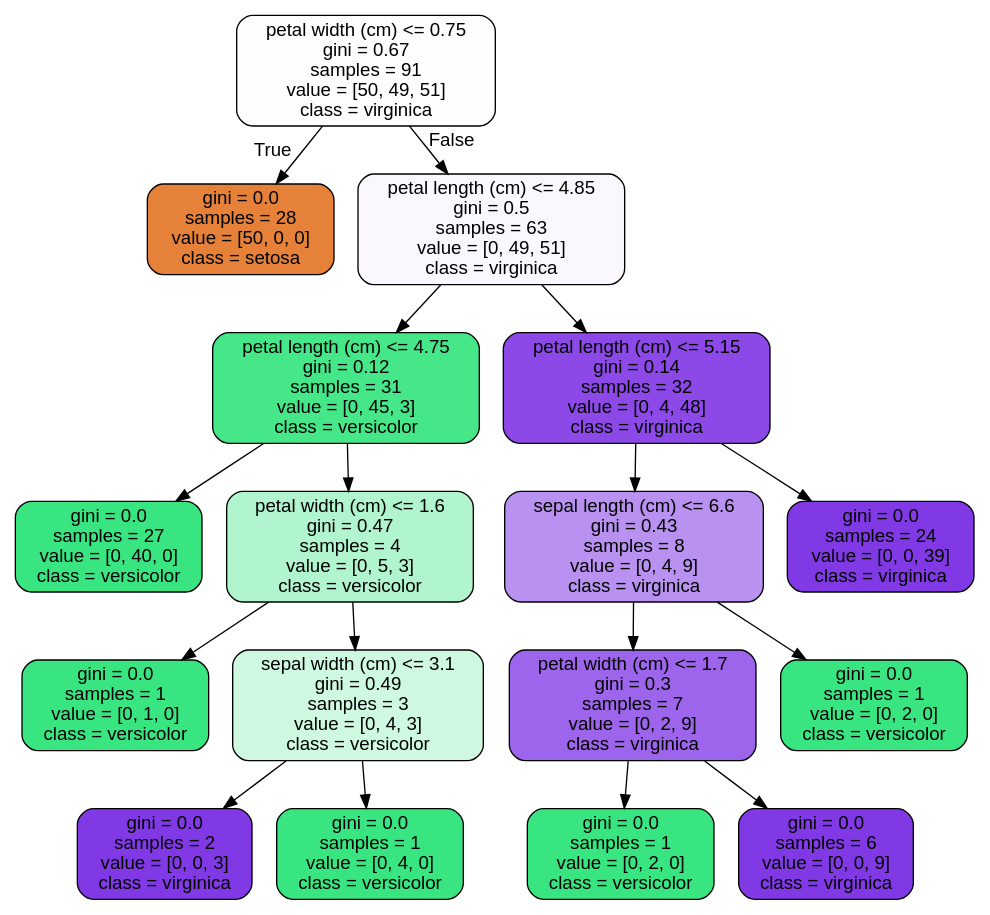
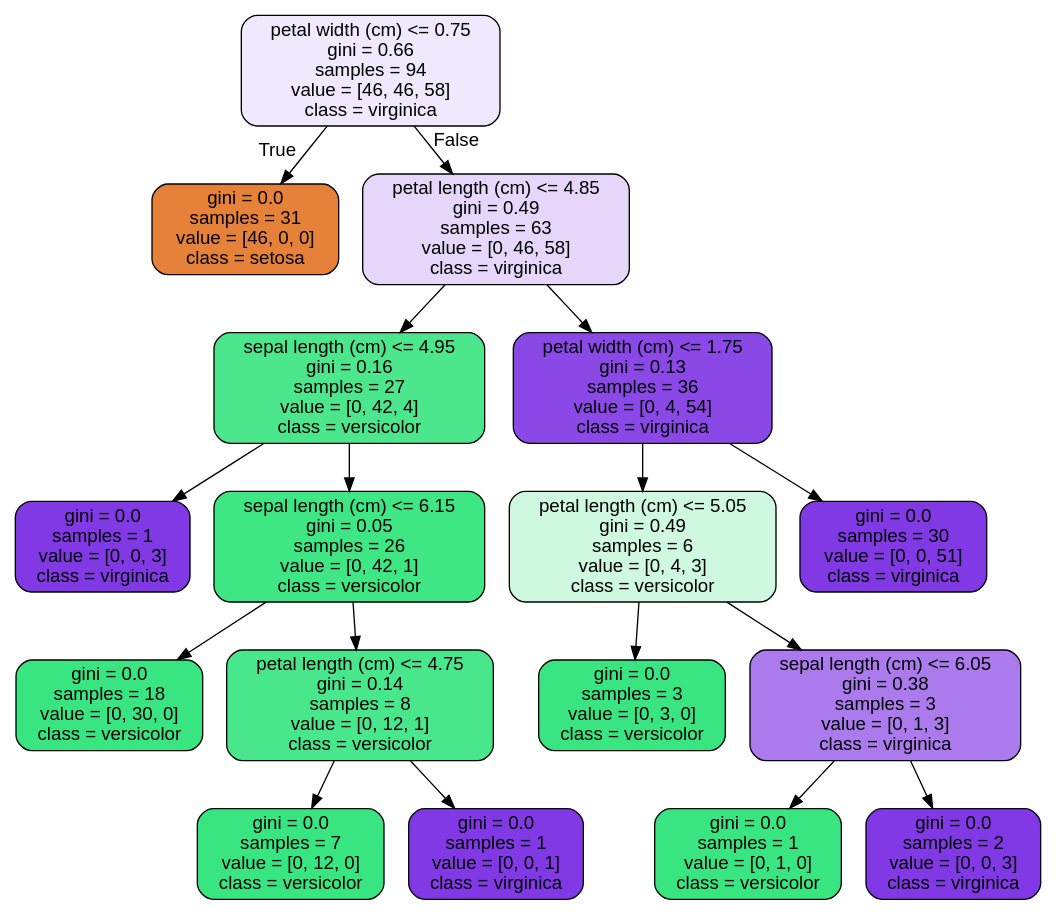
Before and after one commit to allenw097/Springboard: the diagram in RandomForest Covid Case Study/tree.dot, drawn with Graphviz. The commit also changed 1 other file, not shown here.

```diff
--- a/RandomForest Covid Case Study/tree.dot
+++ b/RandomForest Covid Case Study/tree.dot
@@ -1,37 +1,37 @@
 digraph Tree {
 node [shape=box, style="filled, rounded", color="black", fontname=helvetica] ;
 edge [fontname=helvetica] ;
-0 [label="petal width (cm) <= 0.75\ngini = 0.67\nsamples = 91\nvalue = [50, 49, 51]\nclass = virginica", fillcolor="#fefdff"] ;
-1 [label="gini = 0.0\nsamples = 28\nvalue = [50, 0, 0]\nclass = setosa", fillcolor="#e58139"] ;
+0 [label="petal width (cm) <= 0.75\ngini = 0.66\nsamples = 94\nvalue = [46, 46, 58]\nclass = virginica", fillcolor="#f0e8fc"] ;
+1 [label="gini = 0.0\nsamples = 31\nvalue = [46, 0, 0]\nclass = setosa", fillcolor="#e58139"] ;
 0 -> 1 [labeldistance=2.5, labelangle=45, headlabel="True"] ;
-2 [label="petal length (cm) <= 4.85\ngini = 0.5\nsamples = 63\nvalue = [0, 49, 51]\nclass = virginica", fillcolor="#faf7fe"] ;
+2 [label="petal length (cm) <= 4.85\ngini = 0.49\nsamples = 63\nvalue = [0, 46, 58]\nclass = virginica", fillcolor="#e5d6fa"] ;
 0 -> 2 [labeldistance=2.5, labelangle=-45, headlabel="False"] ;
-3 [label="petal length (cm) <= 4.75\ngini = 0.12\nsamples = 31\nvalue = [0, 45, 3]\nclass = versicolor", fillcolor="#46e789"] ;
+3 [label="sepal length (cm) <= 4.95\ngini = 0.16\nsamples = 27\nvalue = [0, 42, 4]\nclass = versicolor", fillcolor="#4ce78d"] ;
 2 -> 3 ;
-4 [label="gini = 0.0\nsamples = 27\nvalue = [0, 40, 0]\nclass = versicolor", fillcolor="#39e581"] ;
+4 [label="gini = 0.0\nsamples = 1\nvalue = [0, 0, 3]\nclass = virginica", fillcolor="#8139e5"] ;
 3 -> 4 ;
-5 [label="petal width (cm) <= 1.6\ngini = 0.47\nsamples = 4\nvalue = [0, 5, 3]\nclass = versicolor", fillcolor="#b0f5cd"] ;
+5 [label="sepal length (cm) <= 6.15\ngini = 0.05\nsamples = 26\nvalue = [0, 42, 1]\nclass = versicolor", fillcolor="#3ee684"] ;
 3 -> 5 ;
-6 [label="gini = 0.0\nsamples = 1\nvalue = [0, 1, 0]\nclass = versicolor", fillcolor="#39e581"] ;
+6 [label="gini = 0.0\nsamples = 18\nvalue = [0, 30, 0]\nclass = versicolor", fillcolor="#39e581"] ;
 5 -> 6 ;
-7 [label="sepal width (cm) <= 3.1\ngini = 0.49\nsamples = 3\nvalue = [0, 4, 3]\nclass = versicolor", fillcolor="#cef8e0"] ;
+7 [label="petal length (cm) <= 4.75\ngini = 0.14\nsamples = 8\nvalue = [0, 12, 1]\nclass = versicolor", fillcolor="#49e78c"] ;
 5 -> 7 ;
-8 [label="gini = 0.0\nsamples = 2\nvalue = [0, 0, 3]\nclass = virginica", fillcolor="#8139e5"] ;
+8 [label="gini = 0.0\nsamples = 7\nvalue = [0, 12, 0]\nclass = versicolor", fillcolor="#39e581"] ;
 7 -> 8 ;
-9 [label="gini = 0.0\nsamples = 1\nvalue = [0, 4, 0]\nclass = versicolor", fillcolor="#39e581"] ;
+9 [label="gini = 0.0\nsamples = 1\nvalue = [0, 0, 1]\nclass = virginica", fillcolor="#8139e5"] ;
 7 -> 9 ;
-10 [label="petal length (cm) <= 5.15\ngini = 0.14\nsamples = 32\nvalue = [0, 4, 48]\nclass = virginica", fillcolor="#8c49e7"] ;
+10 [label="petal width (cm) <= 1.75\ngini = 0.13\nsamples = 36\nvalue = [0, 4, 54]\nclass = virginica", fillcolor="#8a48e7"] ;
 2 -> 10 ;
-11 [label="sepal length (cm) <= 6.6\ngini = 0.43\nsamples = 8\nvalue = [0, 4, 9]\nclass = virginica", fillcolor="#b991f1"] ;
+11 [label="petal length (cm) <= 5.05\ngini = 0.49\nsamples = 6\nvalue = [0, 4, 3]\nclass = versicolor", fillcolor="#cef8e0"] ;
 10 -> 11 ;
-12 [label="petal width (cm) <= 1.7\ngini = 0.3\nsamples = 7\nvalue = [0, 2, 9]\nclass = virginica", fillcolor="#9d65eb"] ;
+12 [label="gini = 0.0\nsamples = 3\nvalue = [0, 3, 0]\nclass = versicolor", fillcolor="#39e581"] ;
 11 -> 12 ;
-13 [label="gini = 0.0\nsamples = 1\nvalue = [0, 2, 0]\nclass = versicolor", fillcolor="#39e581"] ;
-12 -> 13 ;
-14 [label="gini = 0.0\nsamples = 6\nvalue = [0, 0, 9]\nclass = virginica", fillcolor="#8139e5"] ;
-12 -> 14 ;
-15 [label="gini = 0.0\nsamples = 1\nvalue = [0, 2, 0]\nclass = versicolor", fillcolor="#39e581"] ;
-11 -> 15 ;
-16 [label="gini = 0.0\nsamples = 24\nvalue = [0, 0, 39]\nclass = virginica", fillcolor="#8139e5"] ;
+13 [label="sepal length (cm) <= 6.05\ngini = 0.38\nsamples = 3\nvalue = [0, 1, 3]\nclass = virginica", fillcolor="#ab7bee"] ;
+11 -> 13 ;
+14 [label="gini = 0.0\nsamples = 1\nvalue = [0, 1, 0]\nclass = versicolor", fillcolor="#39e581"] ;
+13 -> 14 ;
+15 [label="gini = 0.0\nsamples = 2\nvalue = [0, 0, 3]\nclass = virginica", fillcolor="#8139e5"] ;
+13 -> 15 ;
+16 [label="gini = 0.0\nsamples = 30\nvalue = [0, 0, 51]\nclass = virginica", fillcolor="#8139e5"] ;
 10 -> 16 ;
 }
```
